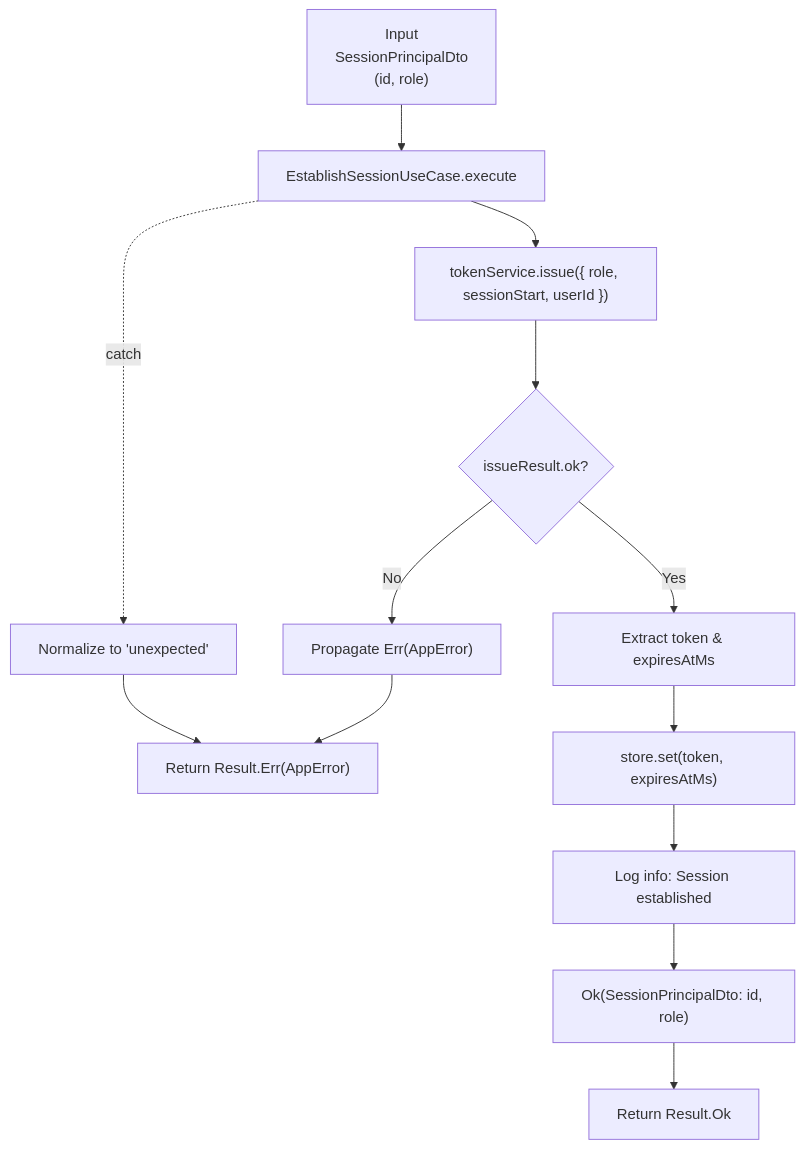
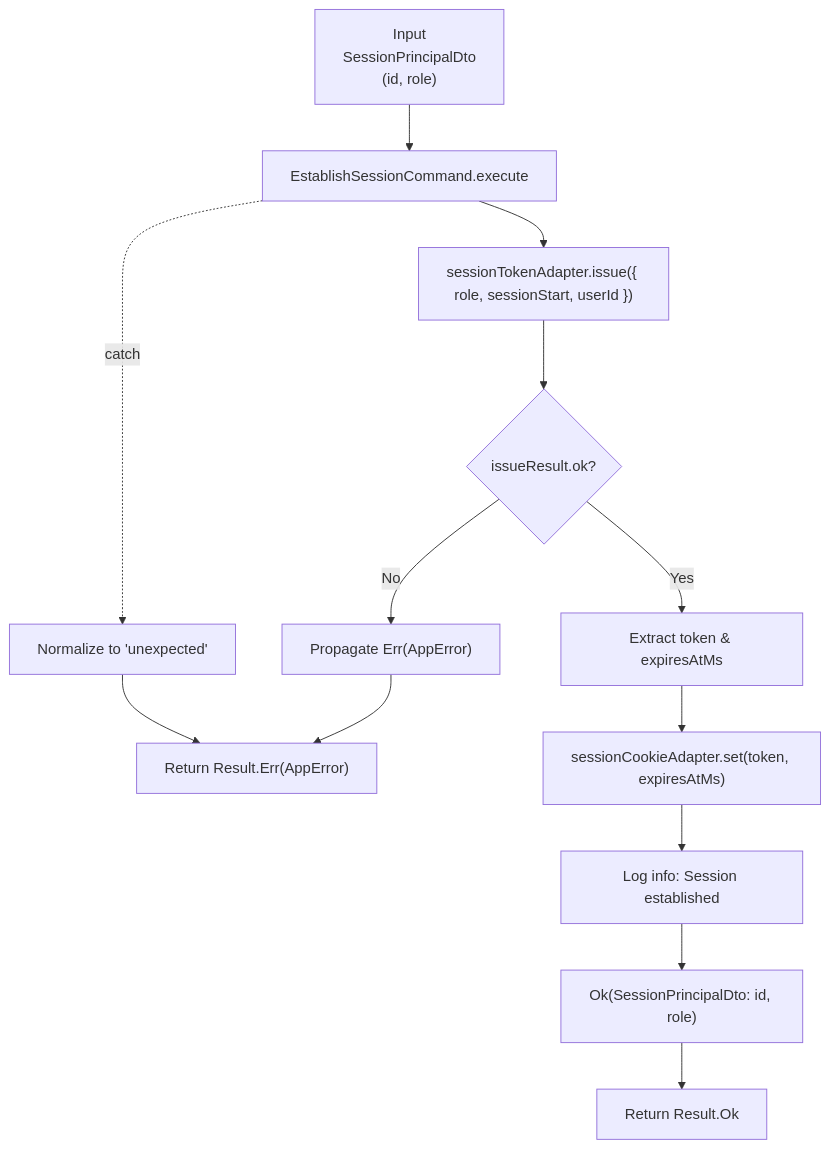
Before and after one commit to andrewpetersondev/nextjs-dashboard: the fourth of 6 diagrams in src/modules/auth/notes/flowcharts.md, drawn with Mermaid. The commit also changed other lines of this file and 31 other files, not shown here.

````diff
--- a/src/modules/auth/notes/flowcharts.md
+++ b/src/modules/auth/notes/flowcharts.md
@@ -146,28 +146,28 @@
 ```mermaid
 flowchart TD
 %% Inputs
-  A["Input<br/>SessionPrincipalDto<br/>(id, role)"] --> B[EstablishSessionUseCase.execute]
+  A["Input<br/>SessionPrincipalDto<br/>(id, role)"] --> B[EstablishSessionCommand.execute]
 
 %% Token Generation
-  B --> C["tokenService.issue({ role, sessionStart, userId })"]
+  B --> C["sessionTokenAdapter.issue({ role, sessionStart, userId })"]
 
 %% Issue Result Decision
   C --> D{"issueResult.ok?"}
 
 %% Token Error path
   D -->|No| E["Propagate Err(AppError)"]
   E --> Z["Return Result.Err(AppError)"]
 
 %% Success path: Persistence
   D -->|Yes| F["Extract token & expiresAtMs"]
-  F --> G["store.set(token, expiresAtMs)"]
+  F --> G["sessionCookieAdapter.set(token, expiresAtMs)"]
 
 %% Completion
   G --> H["Log info: Session established"]
   H --> I["Ok(SessionPrincipalDto: id, role)"]
   I --> Z1["Return Result.Ok<SessionPrincipalDto (id, role)>"]
 
 %% Catch block
   B -. catch .-> J["Normalize to 'unexpected'"]
   J --> Z
 ```
````
